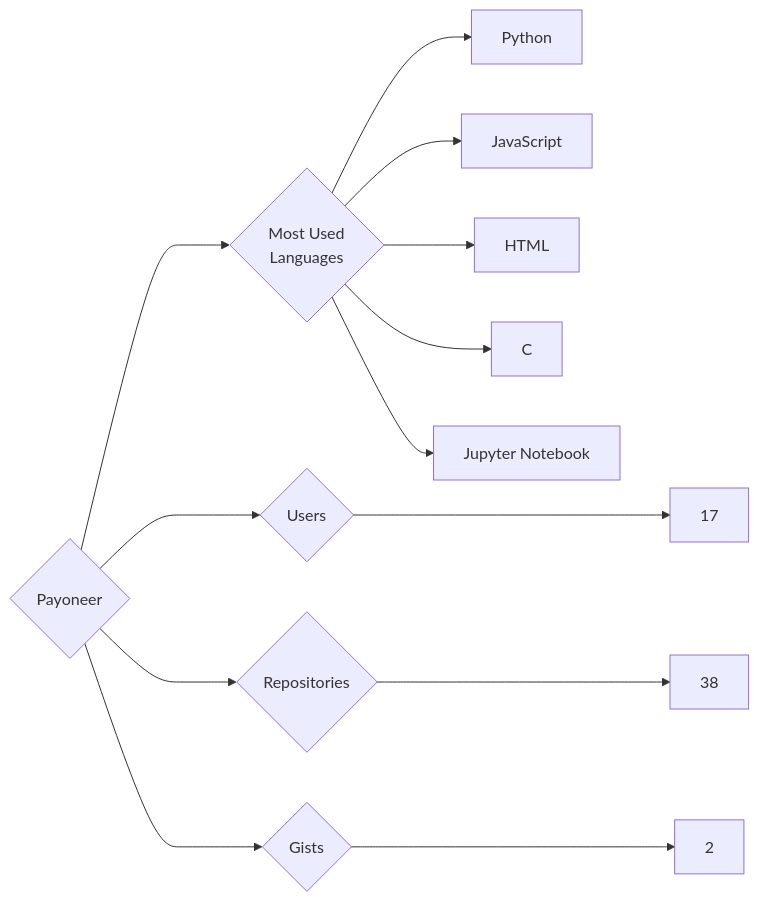
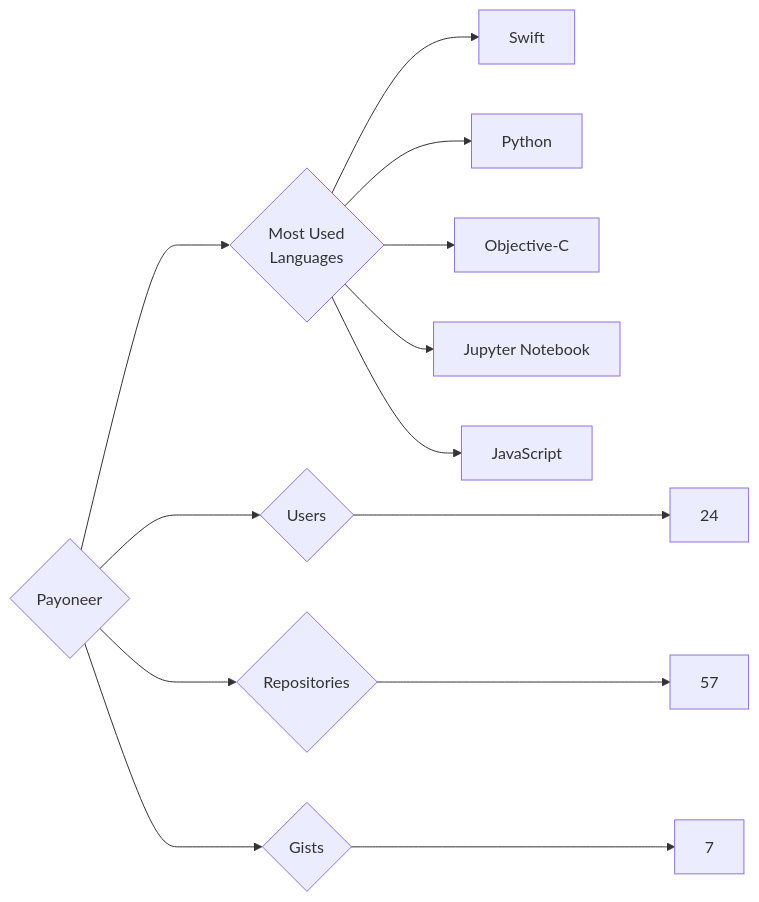
Before and after one commit to trickest/insiders: the diagram in targets/Payoneer/README.md, drawn with Mermaid. The commit also changed 969 other files, not shown here.

````diff
--- a/targets/Payoneer/README.md
+++ b/targets/Payoneer/README.md
@@ -3,13 +3,13 @@
 ```mermaid
 graph LR
 COMPANY_NAME{Payoneer}
-COMPANY_NAME ---> U{Users} ---> UN[17]
-COMPANY_NAME ---> R{Repositories} ---> RN[38]
-COMPANY_NAME ---> G{Gists} ---> GN[2]
+COMPANY_NAME ---> U{Users} ---> UN[24]
+COMPANY_NAME ---> R{Repositories} ---> RN[57]
+COMPANY_NAME ---> G{Gists} ---> GN[7]
 COMPANY_NAME ---> ML{Most Used<br>Languages}
+ML --> Swift[Swift]
 ML --> Python[Python]
+ML --> Objective-C[Objective-C]
+ML --> Jupyter_Notebook[Jupyter Notebook]
 ML --> JavaScript[JavaScript]
-ML --> HTML[HTML]
-ML --> C[C]
-ML --> Jupyter_Notebook[Jupyter Notebook]
 ```
````
